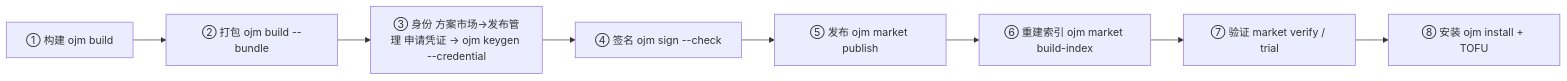
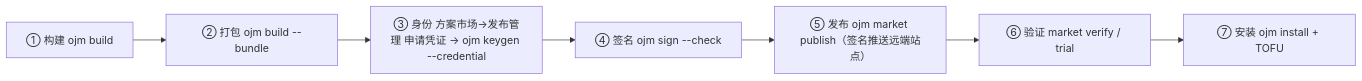
Before and after one commit to everpan/oj-module: the diagram in docs/devkit/publish-walkthrough.md, drawn with Mermaid. The commit also changed other lines of this file and 8 other files, not shown here.

````diff
--- a/docs/devkit/publish-walkthrough.md
+++ b/docs/devkit/publish-walkthrough.md
@@ -10,10 +10,9 @@
 ```mermaid
 flowchart LR
   A["① 构建 ojm build"] --> B["② 打包 ojm build --bundle"]
   B --> C["③ 身份 方案市场→发布管理 申请凭证 → ojm keygen --credential"]
   C --> D["④ 签名 ojm sign --check"]
-  D --> E["⑤ 发布 ojm market publish"]
-  E --> F["⑥ 重建索引 ojm market build-index"]
-  F --> G["⑦ 验证 market verify / trial"]
-  G --> H["⑧ 安装 ojm install + TOFU"]
+  D --> E["⑤ 发布 ojm market publish（签名推送远端站点）"]
+  E --> G["⑥ 验证 market verify / trial"]
+  G --> H["⑦ 安装 ojm install + TOFU"]
 ```
````
